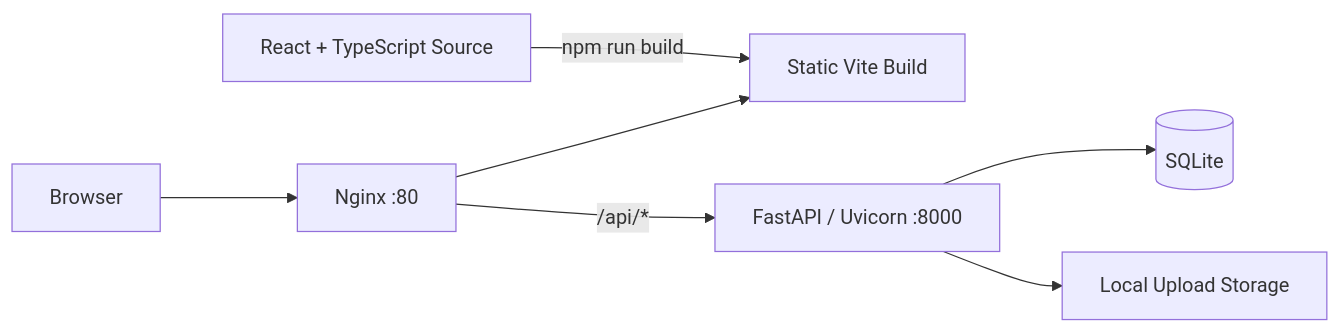
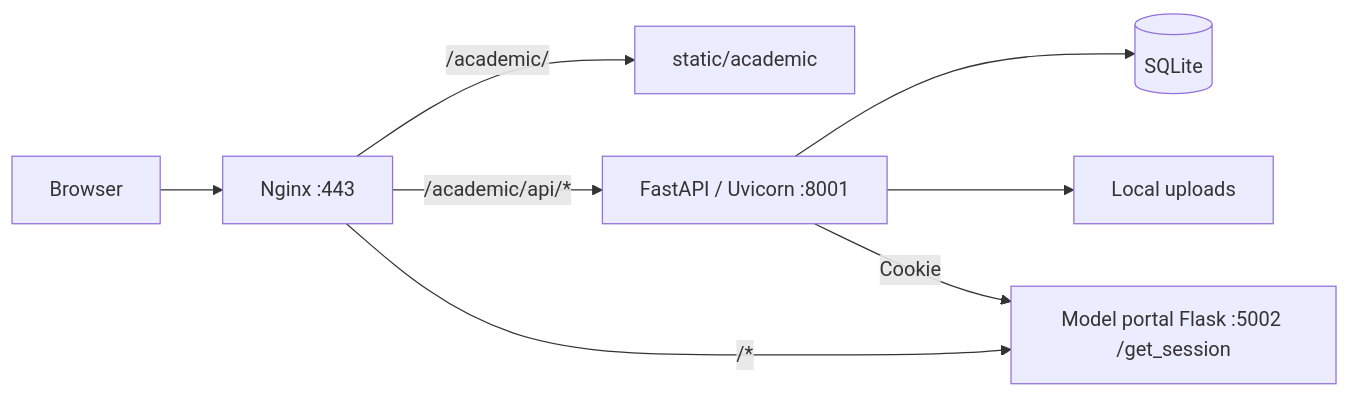
Before and after one commit to Liehu404/MingYue: the diagram in docs/ARCHITECTURE.md, drawn with Mermaid. The commit also changed other lines of this file and 116 other files, not shown here.

First line of the commit message:
feat: merge academic platform into model portal at /academic

````diff
--- a/docs/ARCHITECTURE.md
+++ b/docs/ARCHITECTURE.md
@@ -5,9 +11,10 @@
 ```mermaid
 flowchart LR
-  Client[Browser] --> Nginx[Nginx :80]
-  Nginx --> Static[Static Vite Build]
-  Frontend[React + TypeScript Source] -->|npm run build| Static
-  Nginx -->|/api/*| API[FastAPI / Uvicorn :8000]
+  Browser --> Nginx[Nginx :443]
+  Nginx -->|/academic/| Static[static/academic]
+  Nginx -->|/academic/api/*| API[FastAPI / Uvicorn :8001]
   API --> DB[(SQLite)]
-  API --> Uploads[Local Upload Storage]
+  API --> Uploads[Local uploads]
+  API -->|Cookie| Portal[Model portal Flask :5002 /get_session]
+  Nginx -->|/*| Portal
 ```
````
